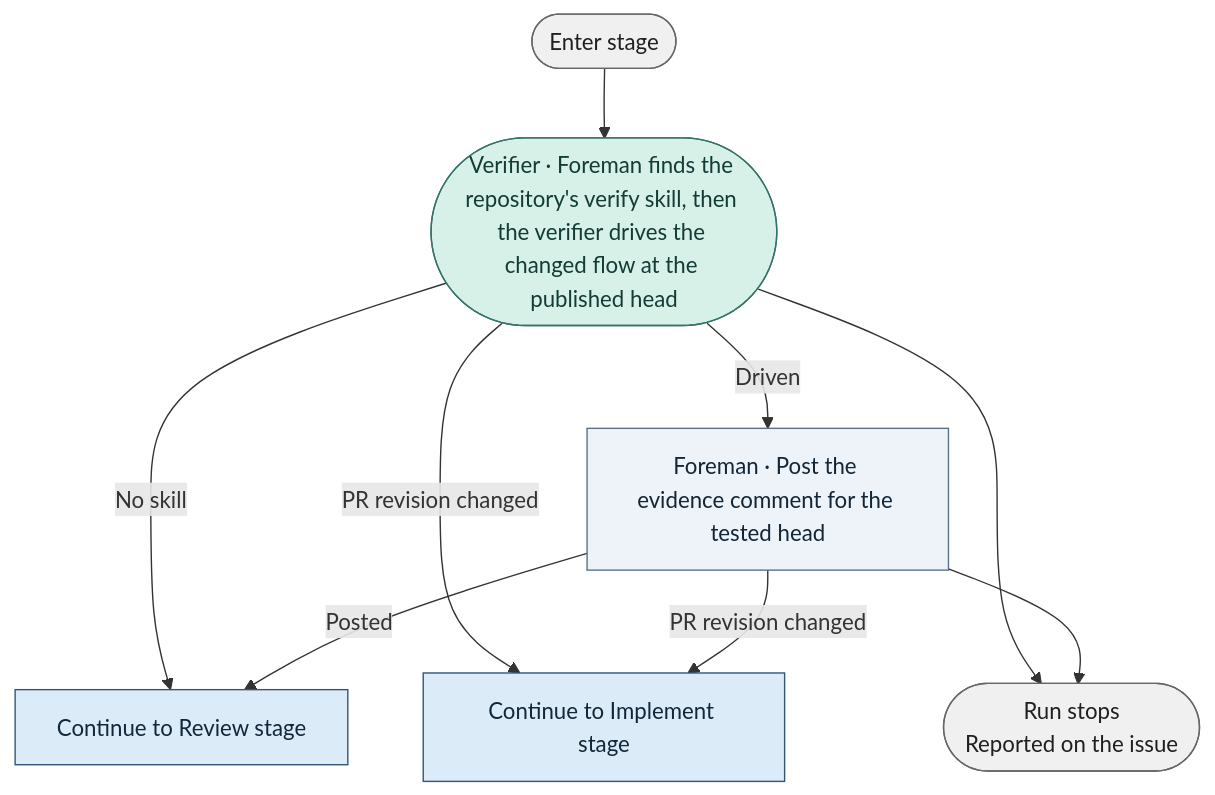
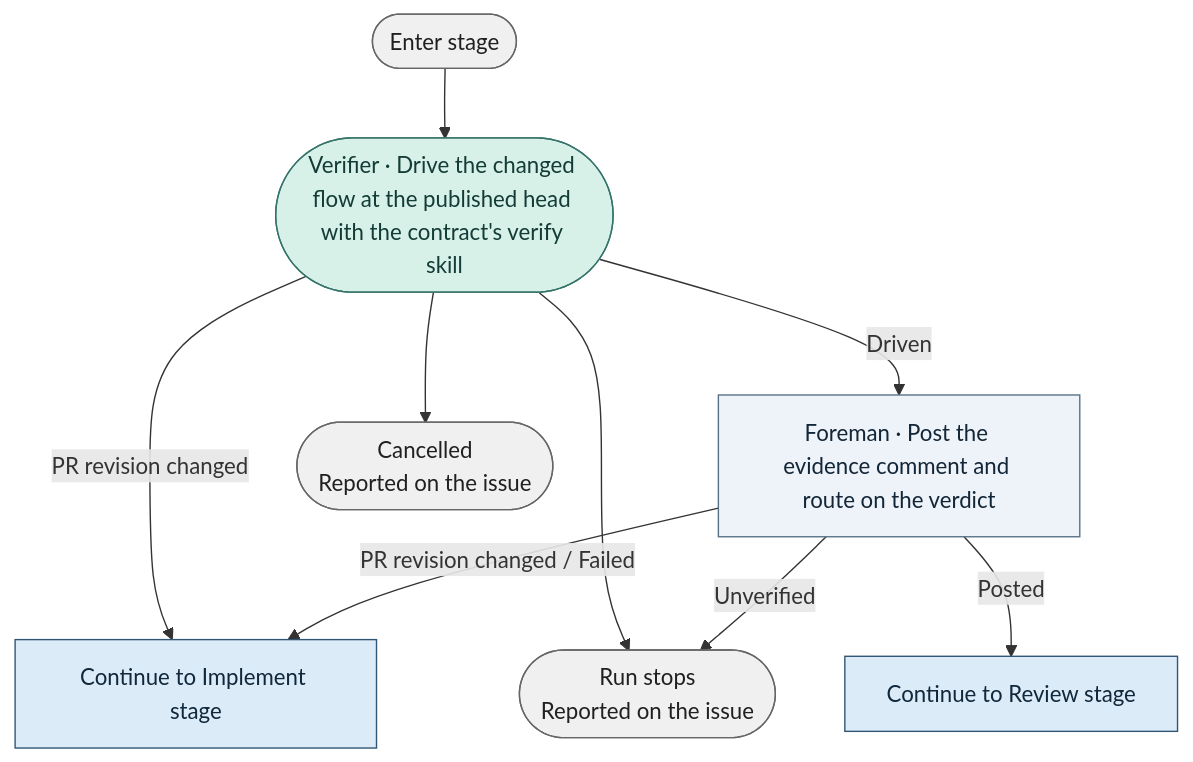
The diagram in docs/graph/blueprint/views/stages/verify.mmd (bookout-labs/tools), drawn with Mermaid before and after one commit. The commit also changed 49 other files, not shown here.

```diff
--- a/docs/graph/blueprint/views/stages/verify.mmd
+++ b/docs/graph/blueprint/views/stages/verify.mmd
@@ -1,20 +1,21 @@
 flowchart TD
     n0(["Enter stage"]):::terminal
-    n1(["Verifier · Foreman finds the repository's verify skill, then the verifier drives the changed flow at the published head"]):::worker
-    n2["Foreman · Post the evidence comment for the tested head"]:::step
-    n3["Continue to Review stage"]:::stage
-    n4["Continue to Implement stage"]:::stage
+    n1(["Verifier · Drive the changed flow at the published head with the contract's verify skill"]):::worker
+    n2["Foreman · Post the evidence comment and route on the verdict"]:::step
+    n3["Continue to Implement stage"]:::stage
+    n4(["Cancelled<br/>Reported on the issue"]):::terminal
     n5(["Run stops<br/>Reported on the issue"]):::terminal
+    n6["Continue to Review stage"]:::stage
     n0 --> n1
-    n1 -->|"No skill"| n3
-    n1 -->|"PR revision changed"| n4
+    n1 -->|"PR revision changed"| n3
+    n1 --> n4
     n1 --> n5
     n1 -->|"Driven"| n2
-    n2 -->|"PR revision changed"| n4
-    n2 --> n5
-    n2 -->|"Posted"| n3
+    n2 -->|"PR revision changed / Failed"| n3
+    n2 -->|"Unverified"| n5
+    n2 -->|"Posted"| n6
     classDef stage fill:#dcebf8,stroke:#315675,color:#10283b
     classDef step fill:#edf3f8,stroke:#597187,color:#132638
     classDef worker fill:#d7f0e8,stroke:#357369,color:#133c36
     classDef gate fill:#fff0c9,stroke:#89641f,color:#3f2b0b
     classDef terminal fill:#f0f0f0,stroke:#666666,color:#202020
```
